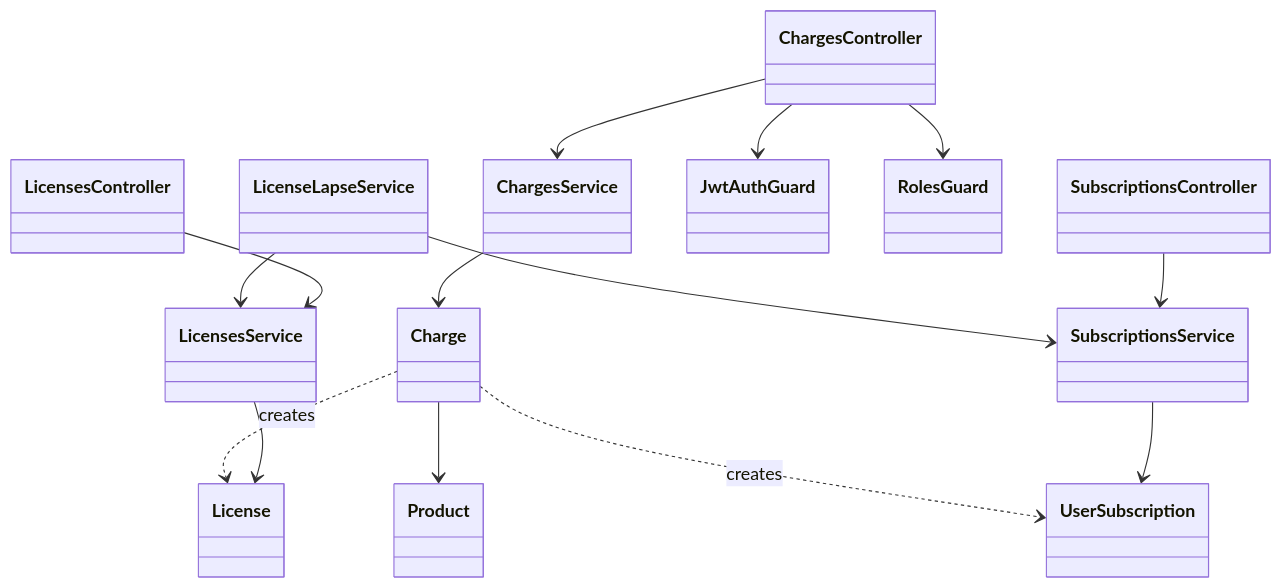
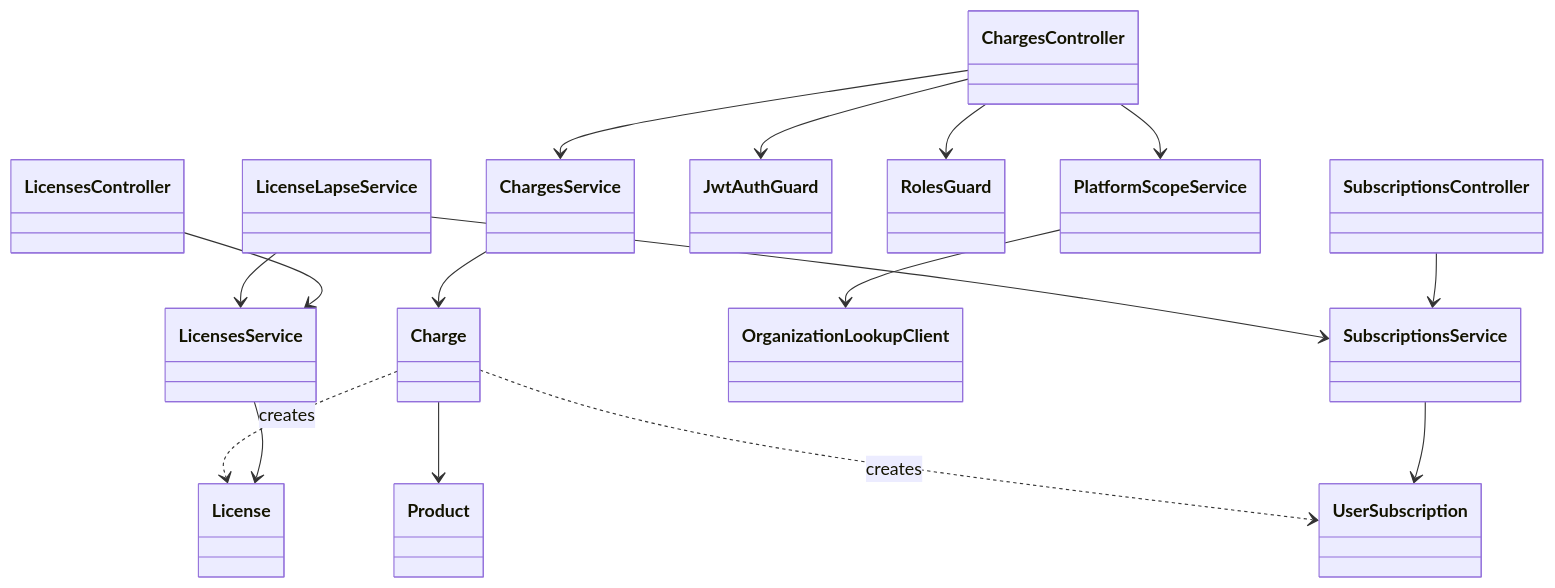
One commit to nawara-solutions/nawara-core changed the second of 2 diagrams in docs/add/payment-service.md. Above: the diagram before and after it, drawn with Mermaid. The commit also changed other lines of this file and 104 other files, not shown here.

````diff
--- a/docs/add/payment-service.md
+++ b/docs/add/payment-service.md
@@ -154,30 +184,34 @@
 ```mermaid
 classDiagram
   class LicensesController
   class LicensesService
   class SubscriptionsController
   class SubscriptionsService
   class ChargesController
   class ChargesService
   class JwtAuthGuard
   class RolesGuard
+  class PlatformScopeService
+  class OrganizationLookupClient
   class LicenseLapseService
   class License
   class UserSubscription
   class Product
   class Charge
 
   LicensesController --> LicensesService
   SubscriptionsController --> SubscriptionsService
   ChargesController --> JwtAuthGuard
   ChargesController --> RolesGuard
+  ChargesController --> PlatformScopeService
   ChargesController --> ChargesService
+  PlatformScopeService --> OrganizationLookupClient
   ChargesService --> Charge
   LicensesService --> License
   LicenseLapseService --> LicensesService
   LicenseLapseService --> SubscriptionsService
   SubscriptionsService --> UserSubscription
   Charge --> Product
   Charge ..> License : creates
   Charge ..> UserSubscription : creates
 ```
````
